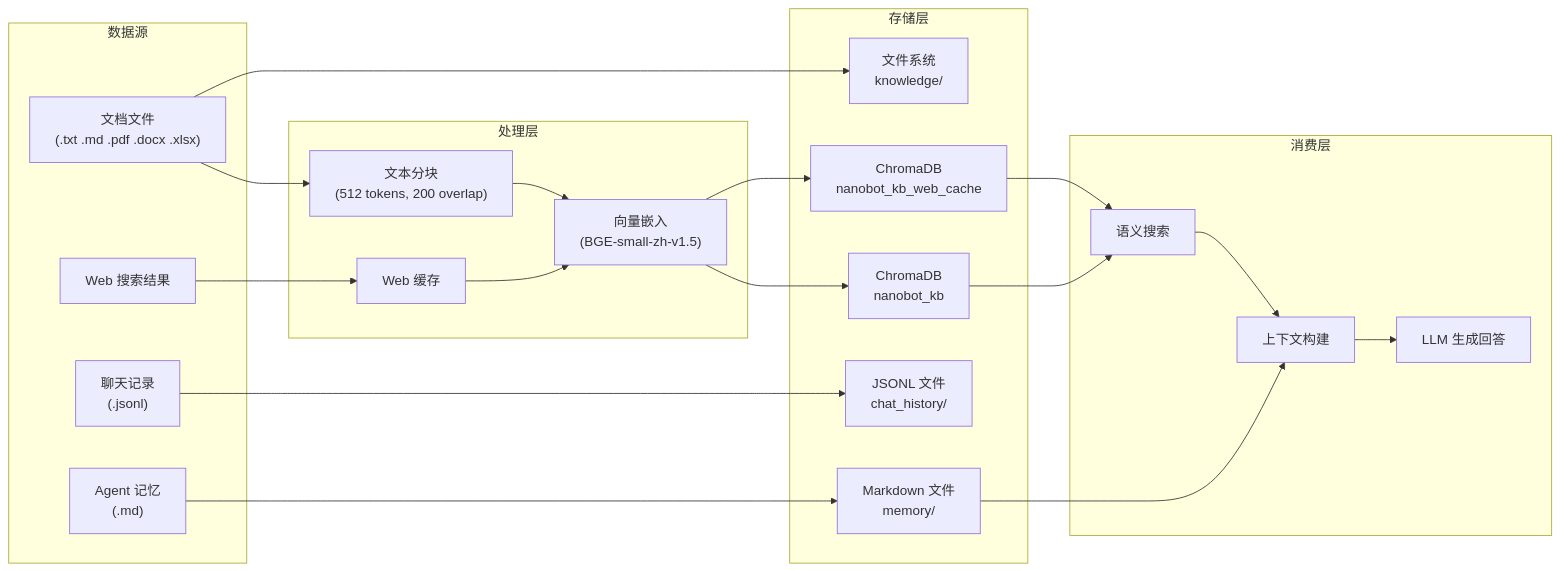
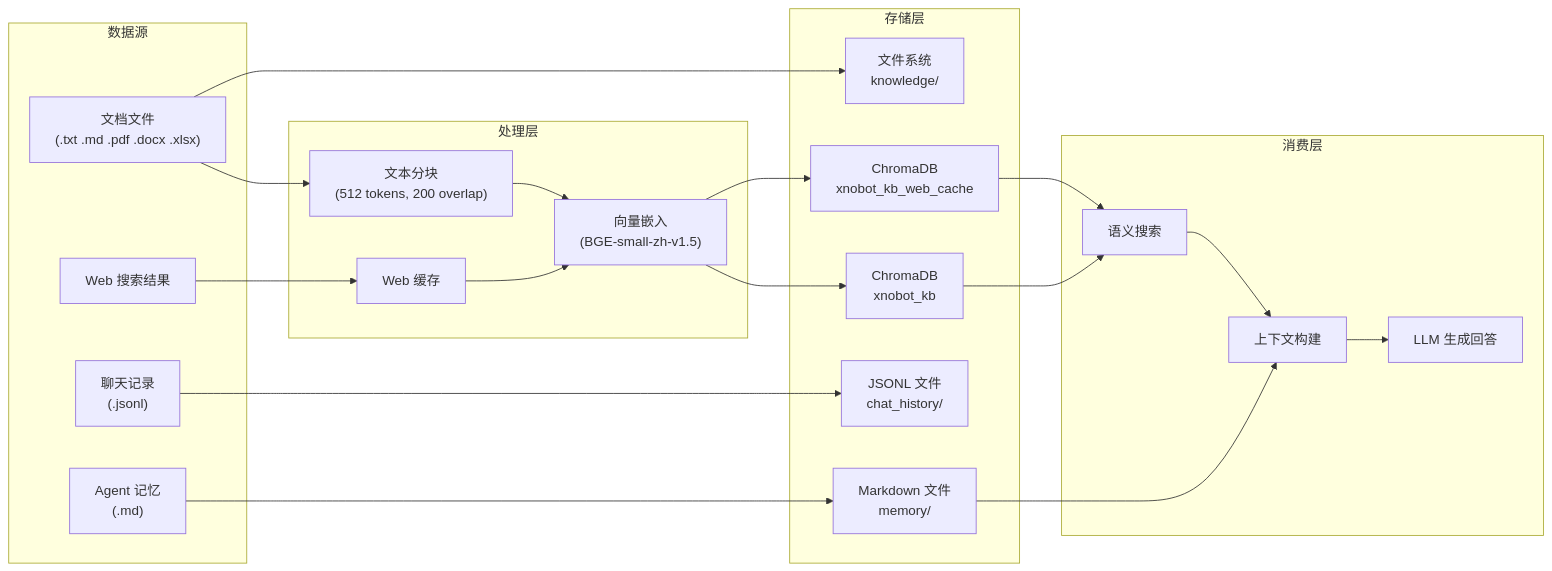
The diagram in docs/architecture.md (Yuhamixli/Data_governance_mining), drawn with Mermaid before and after one commit. The commit also changed other lines of this file and 27 other files, not shown here.

````diff
--- a/docs/architecture.md
+++ b/docs/architecture.md
@@ -7,38 +7,38 @@
 ```mermaid
 graph LR
     subgraph Sources["数据源"]
         DOC["文档文件<br/>(.txt .md .pdf .docx .xlsx)"]
         WEB["Web 搜索结果"]
         CHAT["聊天记录<br/>(.jsonl)"]
         MEM["Agent 记忆<br/>(.md)"]
     end
 
     subgraph Processing["处理层"]
         CHUNK["文本分块<br/>(512 tokens, 200 overlap)"]
         EMBED["向量嵌入<br/>(BGE-small-zh-v1.5)"]
         CACHE["Web 缓存"]
     end
 
     subgraph Storage["存储层"]
-        KB["ChromaDB<br/>nanobot_kb"]
-        WKB["ChromaDB<br/>nanobot_kb_web_cache"]
+        KB["ChromaDB<br/>xnobot_kb"]
+        WKB["ChromaDB<br/>xnobot_kb_web_cache"]
         FS["文件系统<br/>knowledge/"]
         CHATFS["JSONL 文件<br/>chat_history/"]
         MEMFS["Markdown 文件<br/>memory/"]
     end
 
     subgraph Consumption["消费层"]
         SEARCH["语义搜索"]
         CONTEXT["上下文构建"]
         LLM["LLM 生成回答"]
     end
 
     DOC --> CHUNK --> EMBED --> KB
     WEB --> CACHE --> EMBED --> WKB
     DOC --> FS
     CHAT --> CHATFS
     MEM --> MEMFS
     KB --> SEARCH --> CONTEXT --> LLM
     WKB --> SEARCH
     MEMFS --> CONTEXT
 ```
````
